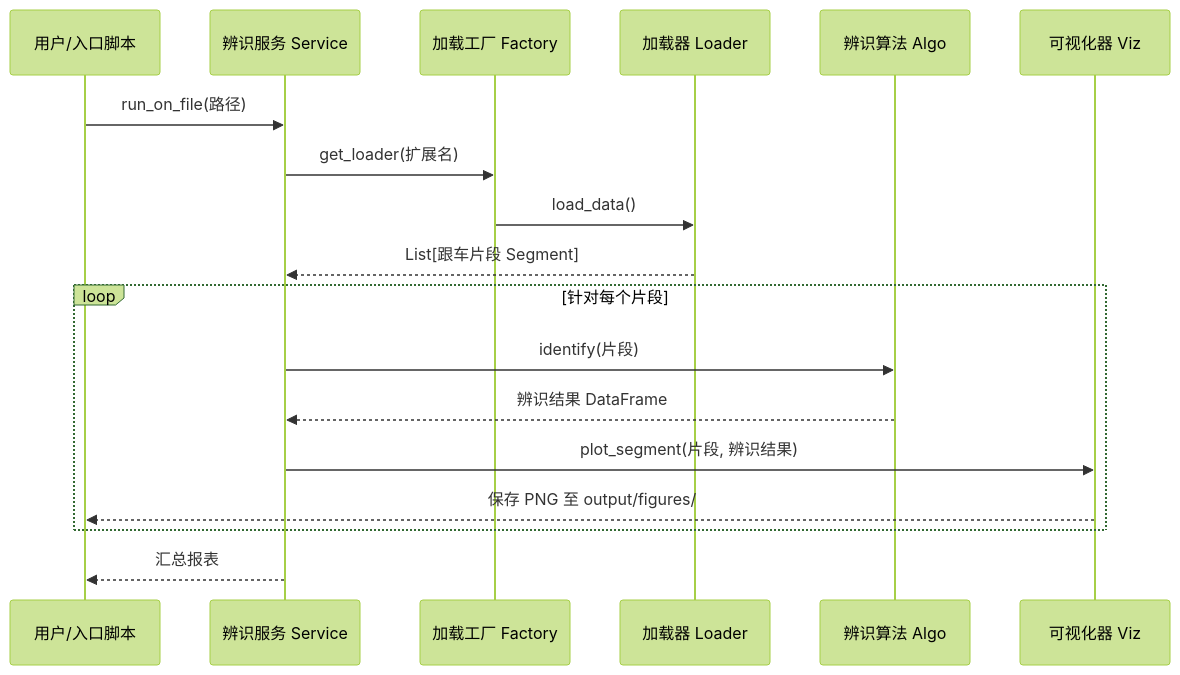
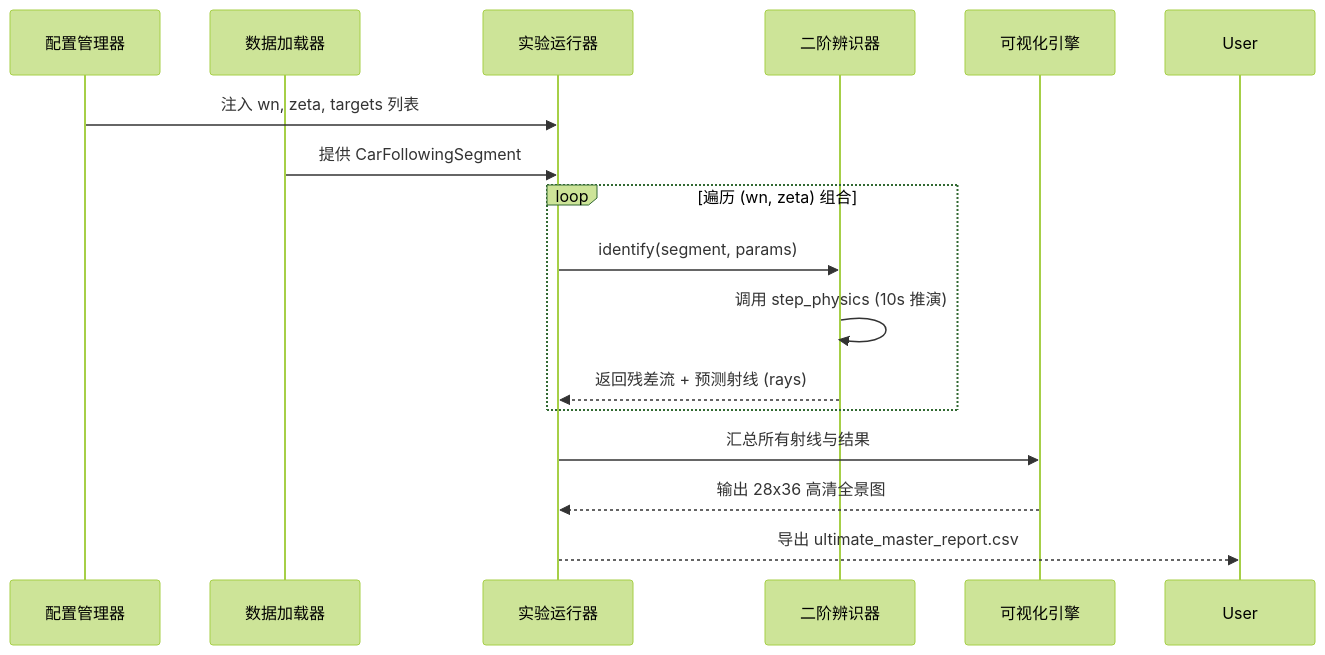
The diagram in wiki/architecture.md (pokemonAndCodeMaster/DriveStyle), drawn with Mermaid (forest theme) before and after one commit. The commit also changed other lines of this file and 13 other files, not shown here.

````diff
--- a/wiki/architecture.md
+++ b/wiki/architecture.md
@@ -49,23 +30,21 @@
 ```mermaid
 sequenceDiagram
-    participant U as 用户/入口脚本
-    participant S as 辨识服务 Service
-    participant F as 加载工厂 Factory
-    participant L as 加载器 Loader
-    participant A as 辨识算法 Algo
-    participant V as 可视化器 Viz
+    participant Config as 配置管理器
+    participant Data as 数据加载器
+    participant Runner as 实验运行器
+    participant Algo as 二阶辨识器
+    participant Viz as 可视化引擎
 
-    U->>S: run_on_file(路径)
-    S->>F: get_loader(扩展名)
-    F->>L: load_data()
-    L-->>S: List[跟车片段 Segment]
+    Config->>Runner: 注入 wn, zeta, targets 列表
+    Data->>Runner: 提供 CarFollowingSegment
     
-    loop 针对每个片段
-        S->>A: identify(片段)
-        A-->>S: 辨识结果 DataFrame
-        S->>V: plot_segment(片段, 辨识结果)
-        V-->>U: 保存 PNG 至 output/figures/
+    loop 遍历 (wn, zeta) 组合
+        Runner->>Algo: identify(segment, params)
+        Algo->>Algo: 调用 step_physics (10s 推演)
+        Algo-->>Runner: 返回残差流 + 预测射线 (rays)
     end
     
-    S-->>U: 汇总报表
+    Runner->>Viz: 汇总所有射线与结果
+    Viz-->>Runner: 输出 28x36 高清全景图
+    Runner-->>User: 导出 ultimate_master_report.csv
 ```
````
